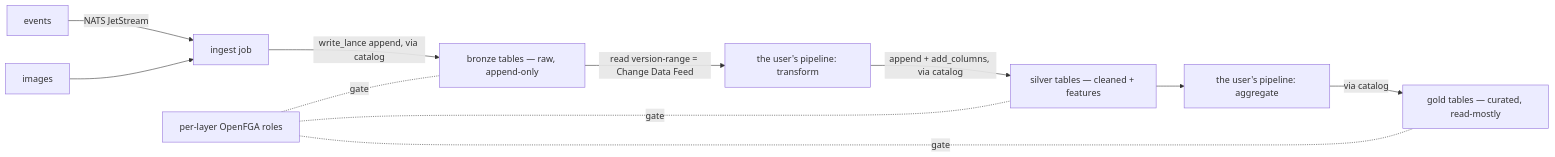
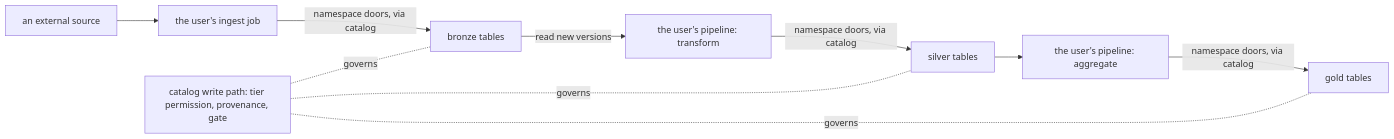
Before and after one commit to AI-Riksarkivet/rask: the second of 2 diagrams in docs/ARCHITECTURE.md, drawn with Mermaid. The commit also changed other lines of this file and 41 other files, not shown here.

````diff
--- a/docs/ARCHITECTURE.md
+++ b/docs/ARCHITECTURE.md
@@ -227,10 +208,9 @@
 ```mermaid
 flowchart LR
-  EVT[events] -->|NATS JetStream| ING[ingest job]
-  IMG[images] --> ING
-  ING -->|write_lance append, via catalog| B[bronze tables — raw, append-only]
-  B -->|read version-range = Change Data Feed| ETL1[the user's pipeline: transform]
-  ETL1 -->|append + add_columns, via catalog| S[silver tables — cleaned + features]
-  S --> ETL2[the user's pipeline: aggregate] -->|via catalog| G[gold tables — curated, read-mostly]
-  ROLES[per-layer OpenFGA roles] -. gate .- B & S & G
+  SRC[an external source] --> P0[the user's ingest job]
+  P0 -->|namespace doors, via catalog| B[bronze tables]
+  B -->|read new versions| P1[the user's pipeline: transform]
+  P1 -->|namespace doors, via catalog| S[silver tables]
+  S --> P2[the user's pipeline: aggregate] -->|namespace doors, via catalog| G[gold tables]
+  CAT[catalog write path: tier permission, provenance, gate] -. governs .- B & S & G
 ```
````
